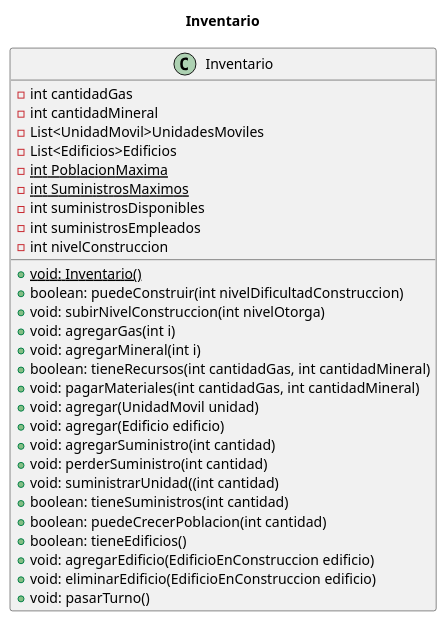
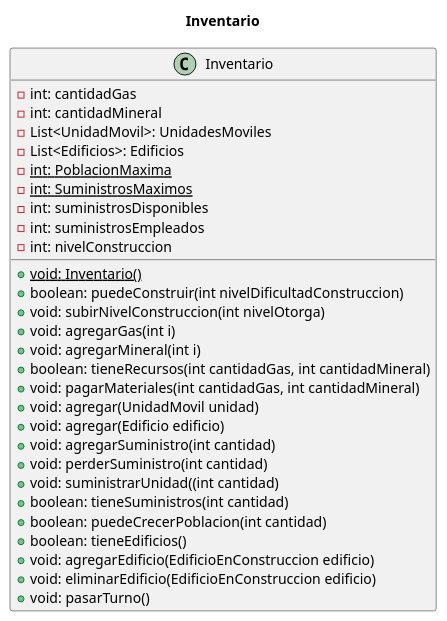
Before and after one commit to m-cabrerar/AlgoStar: the diagram in diagrams/classes/Inventario.puml, drawn with PlantUML. The commit also changed 20 other files, not shown here.

Commit message:
UML actualizacion

```diff
--- a/diagrams/classes/Inventario.puml
+++ b/diagrams/classes/Inventario.puml
@@ -1,35 +1,35 @@
 @startuml
 'https://plantuml.com/class-diagram
 title Inventario
 
 class Inventario {
--int cantidadGas
--int cantidadMineral
--List<UnidadMovil>UnidadesMoviles
--List<Edificios>Edificios
--<u>int PoblacionMaxima
--<u>int SuministrosMaximos
--int suministrosDisponibles
--int suministrosEmpleados
--int nivelConstruccion
+-int: cantidadGas
+-int: cantidadMineral
+-List<UnidadMovil>: UnidadesMoviles
+-List<Edificios>: Edificios
+-<u>int: PoblacionMaxima
+-<u>int: SuministrosMaximos
+-int: suministrosDisponibles
+-int: suministrosEmpleados
+-int: nivelConstruccion
 
 +<u>void: Inventario()
 +boolean: puedeConstruir(int nivelDificultadConstruccion)
 +void: subirNivelConstruccion(int nivelOtorga)
 +void: agregarGas(int i)
 +void: agregarMineral(int i)
 +boolean: tieneRecursos(int cantidadGas, int cantidadMineral)
 +void: pagarMateriales(int cantidadGas, int cantidadMineral)
 +void: agregar(UnidadMovil unidad)
 +void: agregar(Edificio edificio)
 +void: agregarSuministro(int cantidad)
 +void: perderSuministro(int cantidad)
 +void: suministrarUnidad((int cantidad)
 +boolean: tieneSuministros(int cantidad)
 +boolean: puedeCrecerPoblacion(int cantidad)
 +boolean: tieneEdificios()
 +void: agregarEdificio(EdificioEnConstruccion edificio)
 +void: eliminarEdificio(EdificioEnConstruccion edificio)
 +void: pasarTurno()
 }
 @enduml
```
